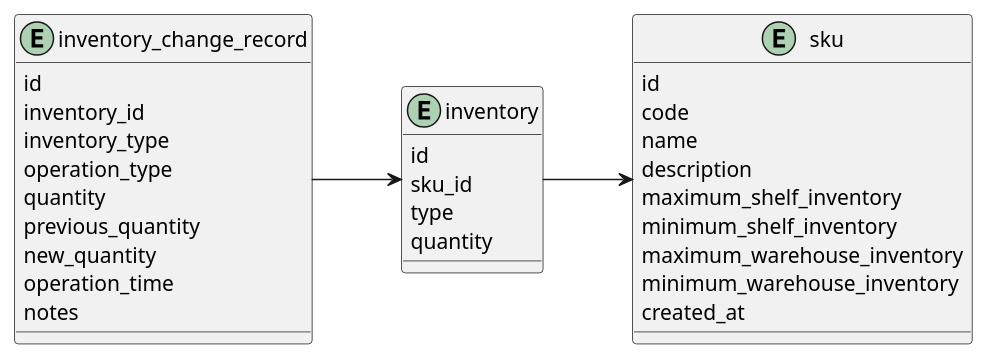
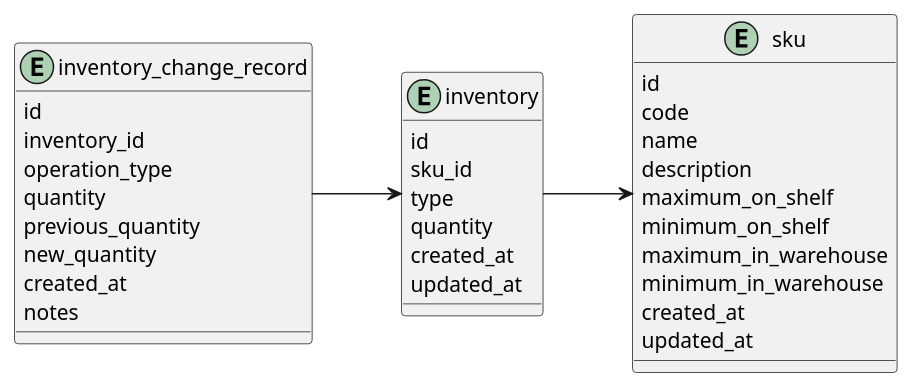
Before and after one commit to Jeromefromcn/JavaFinalProject8020: the diagram in uml/5. er.puml, drawn with PlantUML. The commit also changed 4 other files, not shown here.

Commit message:
modification er

```diff
--- a/uml/5. er.puml
+++ b/uml/5. er.puml
@@ -1,38 +1,40 @@
 @startuml
 'https://plantuml.com/class-diagram
 left to right direction
 
 entity sku {
     id
     code
     name
     description
-    maximum_shelf_inventory
-    minimum_shelf_inventory
-    maximum_warehouse_inventory
-    minimum_warehouse_inventory
+    maximum_on_shelf
+    minimum_on_shelf
+    maximum_in_warehouse
+    minimum_in_warehouse
     created_at
+    updated_at
 }
 
 entity inventory {
     id
     sku_id
     type
     quantity
+    created_at
+    updated_at
 }
 
 entity inventory_change_record {
     id
     inventory_id
-    inventory_type
     operation_type
     quantity
     previous_quantity
     new_quantity
-    operation_time
+    created_at
     notes
 }
 
 inventory --> sku
 inventory_change_record --> inventory
 @enduml
```
